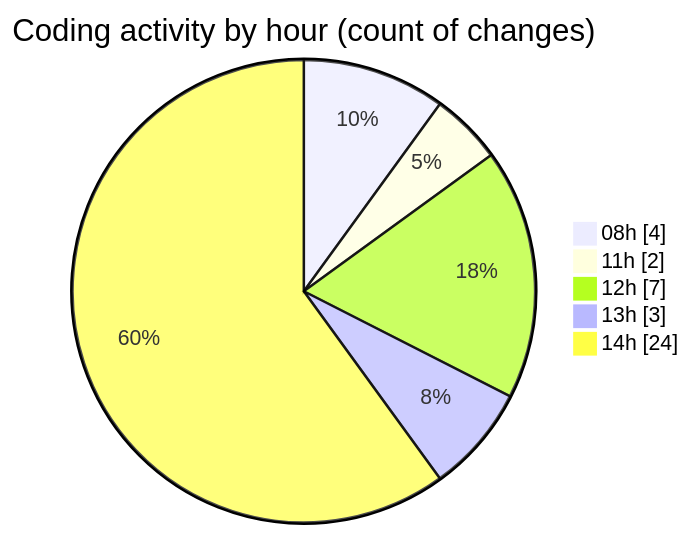
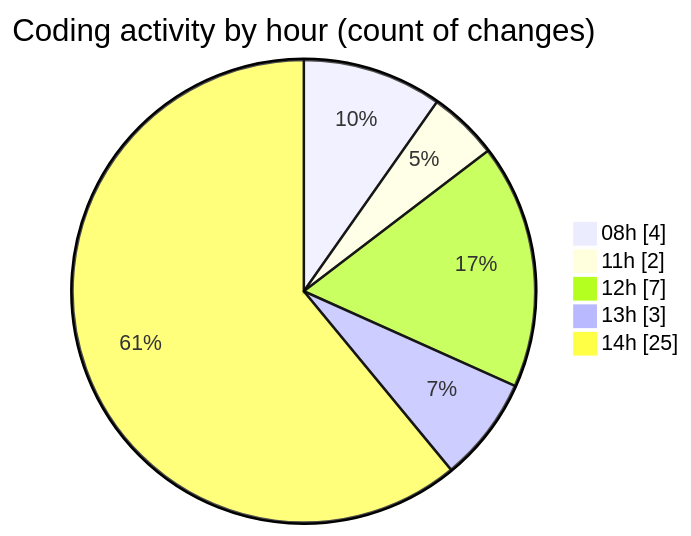
One commit to ricardozamudiocil/code-tracking changed the second of 2 diagrams in 2026-03-03/cilreports__workspace_/README.md. Above: the diagram before and after it, drawn with Mermaid. The commit also changed other lines of this file and 1 other file, not shown here.

````diff
--- a/2026-03-03/cilreports__workspace_/README.md
+++ b/2026-03-03/cilreports__workspace_/README.md
@@ -38,9 +38,9 @@
 ```mermaid
 pie showData
 title Coding activity by hour (count of changes)
 "08h" : 4
 "11h" : 2
 "12h" : 7
 "13h" : 3
-"14h" : 24
+"14h" : 25
 ```
````
